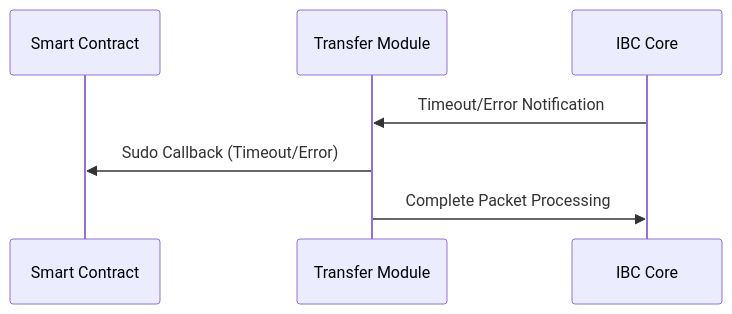
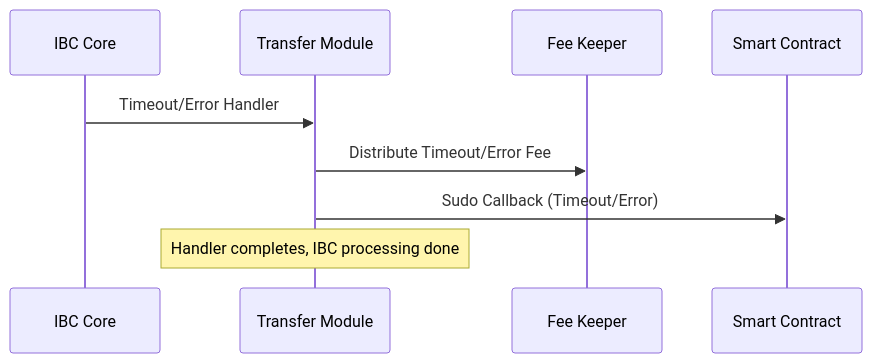
The fourth of 4 diagrams in developers/modules/transfer/explanation.mdx (neutron-org/neutron-docs), drawn with Mermaid before and after one commit. The commit also changed other lines of this file and 5 other files, not shown here.

First line of the commit message:
feat: complete transfer module documentation accuracy audit

````diff
--- a/developers/modules/transfer/explanation.mdx
+++ b/developers/modules/transfer/explanation.mdx
@@ -131,10 +132,12 @@
    ```mermaid
    sequenceDiagram
+       participant IBC as IBC Core
+       participant Transfer as Transfer Module
+       participant FeeKeeper as Fee Keeper
        participant Contract as Smart Contract
-       participant Transfer as Transfer Module
-       participant IBC as IBC Core
        
-       IBC->>Transfer: Timeout/Error Notification
+       IBC->>Transfer: Timeout/Error Handler
+       Transfer->>FeeKeeper: Distribute Timeout/Error Fee
        Transfer->>Contract: Sudo Callback (Timeout/Error)
-       Transfer->>IBC: Complete Packet Processing
+       Note over Transfer: Handler completes, IBC processing done
    ```
````
